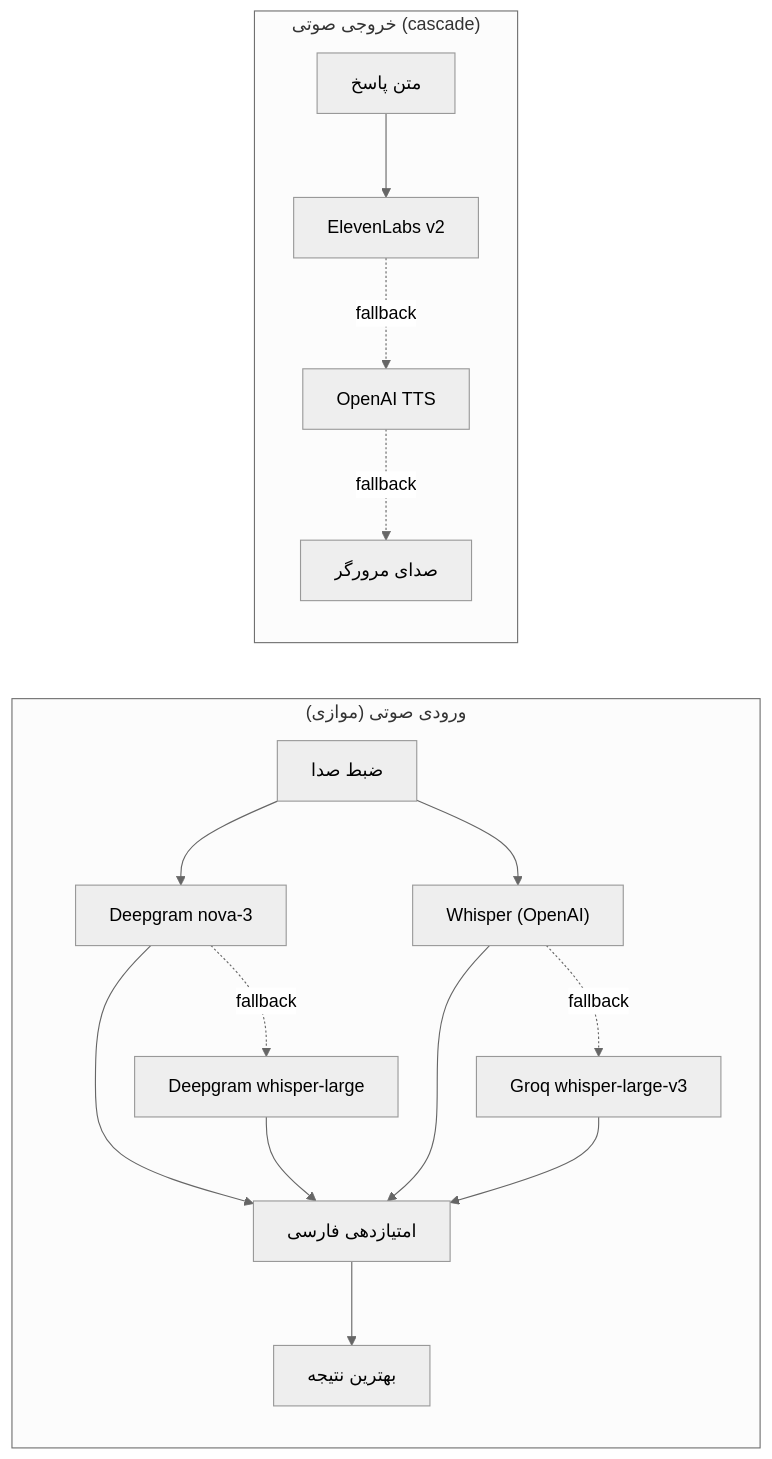
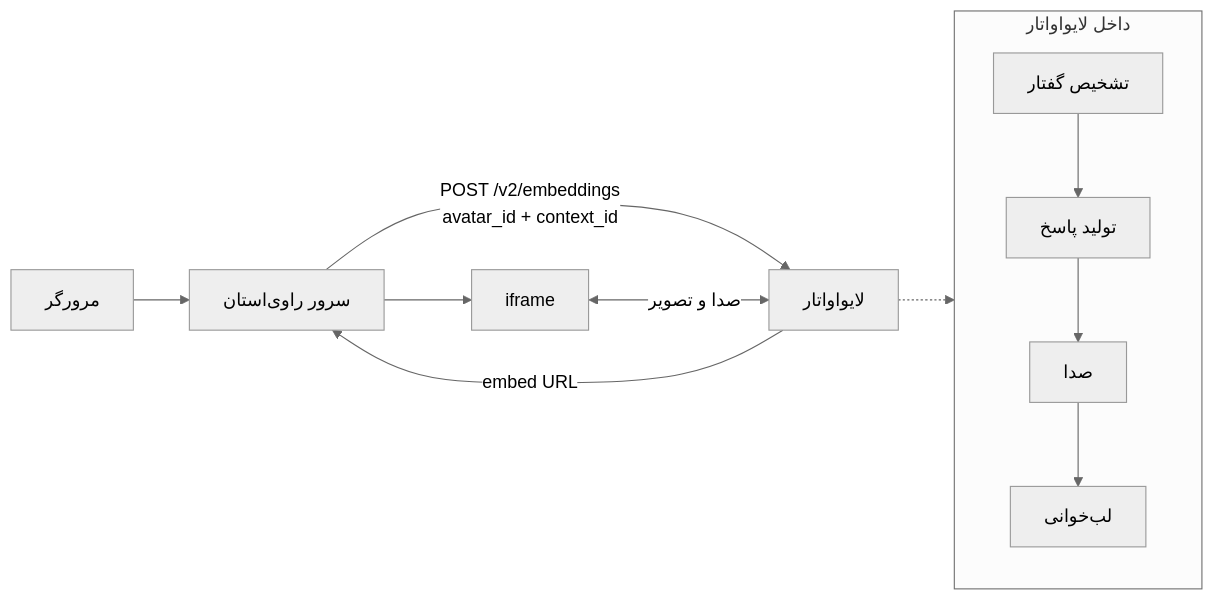
Before and after one commit to daneshavaran24-ctrl/avatar: the first of 4 diagrams in README.md, drawn with Mermaid (neutral theme). The commit also changed other lines of this file and 6 other files, not shown here.

````diff
--- a/README.md
+++ b/README.md
@@ -48,22 +48,14 @@
 ```mermaid
 flowchart LR
-    subgraph STT ["ورودی صوتی (موازی)"]
+    B["مرورگر"] --> S["سرور راوی‌استان"]
+    S -->|"POST /v2/embeddings<br/>avatar_id + context_id"| LA["لایواواتار"]
+    LA -->|"embed URL"| S
+    S --> IF["iframe"]
+    IF <-->|"صدا و تصویر"| LA
+
+    subgraph inside ["داخل لایواواتار"]
         direction TB
-        MIC["ضبط صدا"] --> DG["Deepgram nova-3"]
-        MIC --> WH["Whisper (OpenAI)"]
-        DG -. "fallback" .-> DG2["Deepgram whisper-large"]
-        WH -. "fallback" .-> GR["Groq whisper-large-v3"]
-        DG --> SC["امتیازدهی فارسی"]
-        DG2 --> SC
-        WH --> SC
-        GR --> SC
-        SC --> BEST["بهترین نتیجه"]
+        ASR["تشخیص گفتار"] --> LLM["تولید پاسخ"] --> TTS["صدا"] --> LIP["لب‌خوانی"]
     end
-
-    subgraph TTS ["خروجی صوتی (cascade)"]
-        direction TB
-        TXT["متن پاسخ"] --> EL["ElevenLabs v2"]
-        EL -. "fallback" .-> OA["OpenAI TTS"]
-        OA -. "fallback" .-> BR["صدای مرورگر"]
-    end
+    LA -.-> inside
 ```
````
